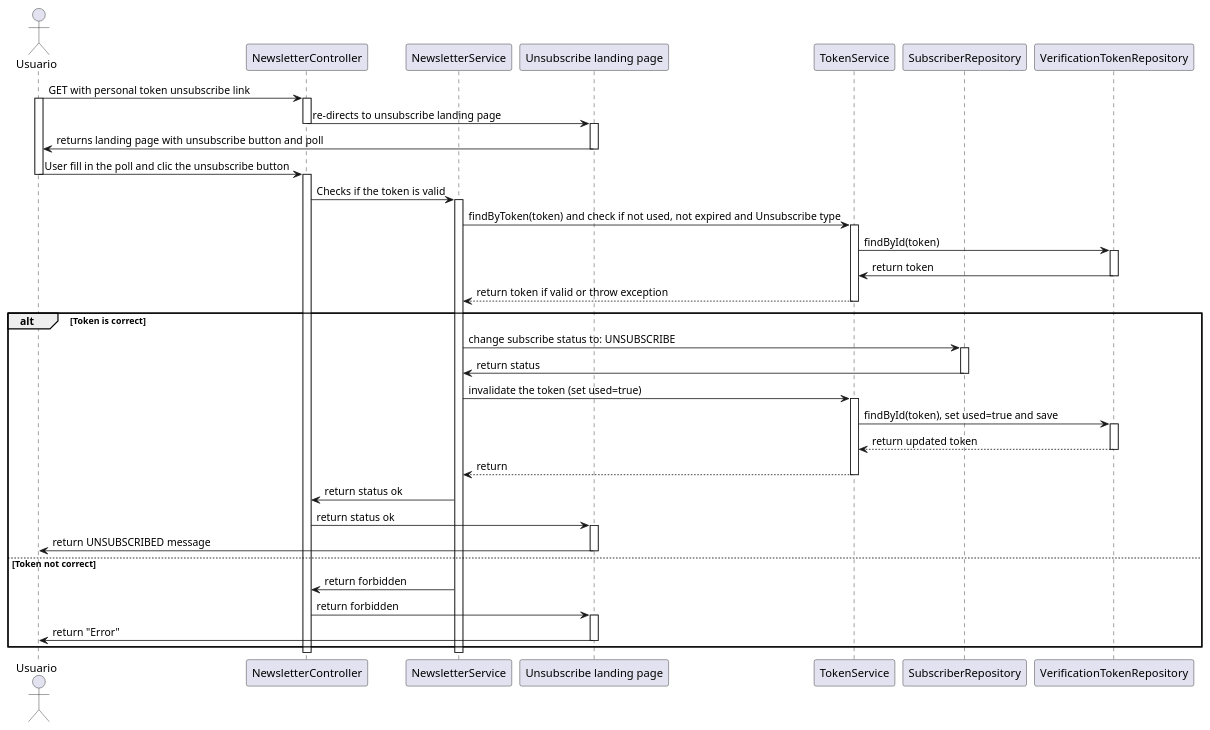
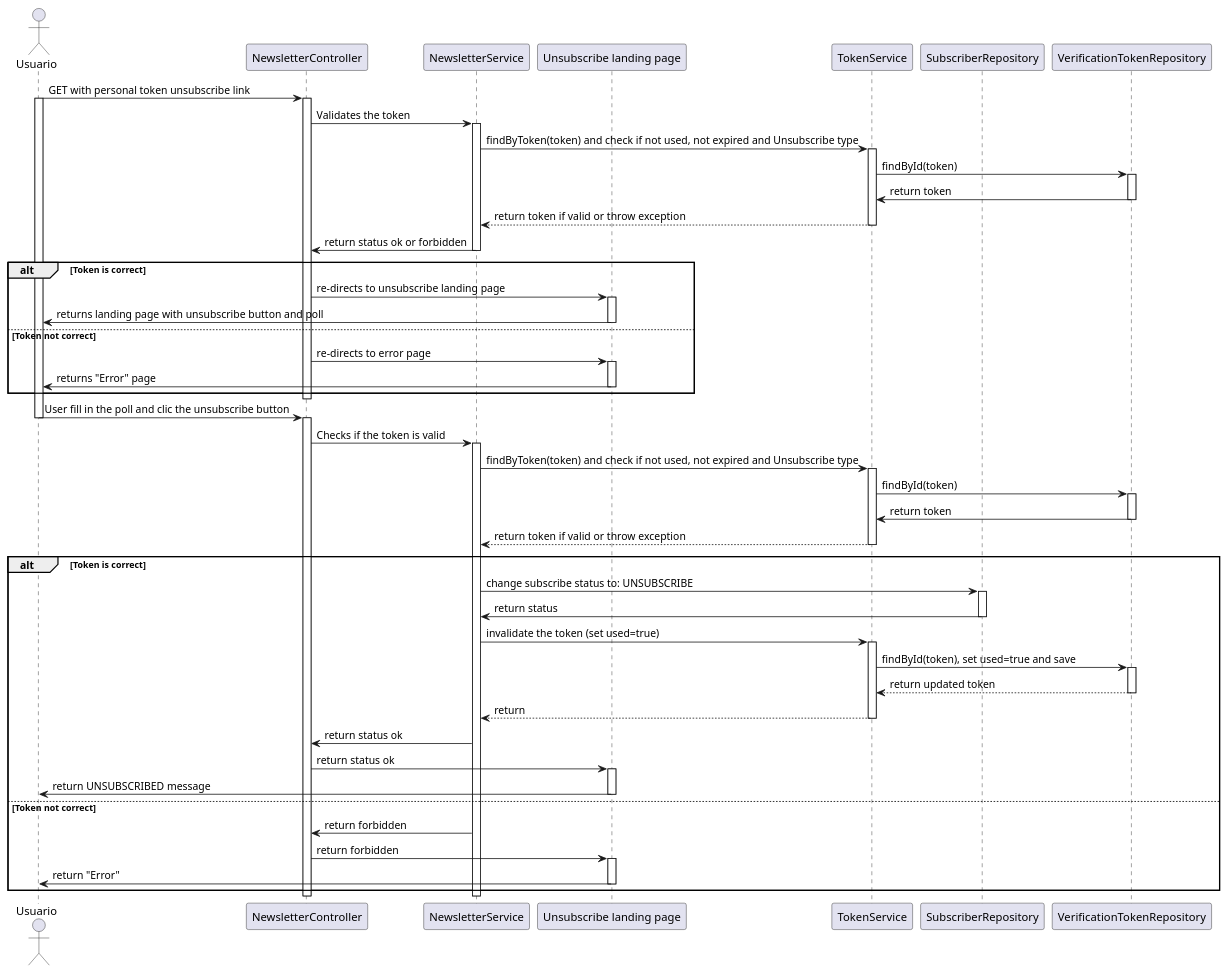
One commit to raullopezpenalva/Newsletter-Service changed the diagram in plantUML/unsubscribe_sequence_diagram.puml. Above: the diagram before and after it, drawn with PlantUML. The commit also changed 1 other file, not shown here.

Commit message:
Refactor unsubscribe sequence diagram to clarify token validation flow and error handling; update interactions with FrontendService for better user experience

```diff
--- a/plantUML/unsubscribe_sequence_diagram.puml
+++ b/plantUML/unsubscribe_sequence_diagram.puml
@@ -1,65 +1,83 @@
 @startuml unsubscribe_sequence_diagram
 actor Usuario
 
 participant "NewsletterController" as Controller
 participant "NewsletterService" as Service
 participant "Unsubscribe landing page" as FrontendService
 participant "TokenService" as TokenService
 participant "SubscriberRepository" as Repo
 participant "VerificationTokenRepository" as TokenRepo
 
 Usuario -> Controller : GET with personal token unsubscribe link
 activate Usuario
 
 activate Controller
-Controller -> FrontendService : re-directs to unsubscribe landing page
+Controller -> Service : Validates the token
+activate Service
+Service -> TokenService : findByToken(token) and check if not used, not expired and Unsubscribe type
+activate TokenService
+TokenService -> TokenRepo : findById(token)
+activate TokenRepo
+TokenRepo -> TokenService : return token
+deactivate TokenRepo
+TokenService --> Service : return token if valid or throw exception
+deactivate TokenService
+Service -> Controller : return status ok or forbidden
+deactivate Service
+alt Token is correct
+  Controller -> FrontendService : re-directs to unsubscribe landing page
+  activate FrontendService
+  FrontendService -> Usuario : returns landing page with unsubscribe button and poll
+  deactivate FrontendService
+else Token not correct
+  Controller -> FrontendService : re-directs to error page
+  activate FrontendService
+  FrontendService -> Usuario : returns "Error" page
+  deactivate FrontendService
+end
 deactivate Controller
-
-activate FrontendService
-FrontendService -> Usuario : returns landing page with unsubscribe button and poll
-deactivate FrontendService
 
 Usuario -> Controller : User fill in the poll and clic the unsubscribe button
 deactivate Usuario
 activate Controller 
 Controller -> Service : Checks if the token is valid
 activate Service
 Service -> TokenService : findByToken(token) and check if not used, not expired and Unsubscribe type
 activate TokenService
 TokenService -> TokenRepo : findById(token)
 activate TokenRepo
 TokenRepo -> TokenService : return token
 deactivate TokenRepo
 TokenService --> Service : return token if valid or throw exception
 deactivate TokenService
 
 alt Token is correct
   Service -> Repo : change subscribe status to: UNSUBSCRIBE
   activate Repo
   Repo -> Service : return status
   deactivate Repo
   Service -> TokenService : invalidate the token (set used=true)
   activate TokenService
   TokenService -> TokenRepo : findById(token), set used=true and save
   activate TokenRepo
   TokenRepo --> TokenService : return updated token
   deactivate TokenRepo
   TokenService --> Service : return
   deactivate TokenService
   Service -> Controller : return status ok
   Controller -> FrontendService : return status ok
   activate FrontendService
   FrontendService -> Usuario : return UNSUBSCRIBED message
   deactivate FrontendService
 else Token not correct
   Service -> Controller : return forbidden
   Controller -> FrontendService : return forbidden
   activate FrontendService
   FrontendService -> Usuario : return "Error"
   deactivate FrontendService
 end
 
 deactivate Service
 deactivate Controller
 
 @enduml
```
